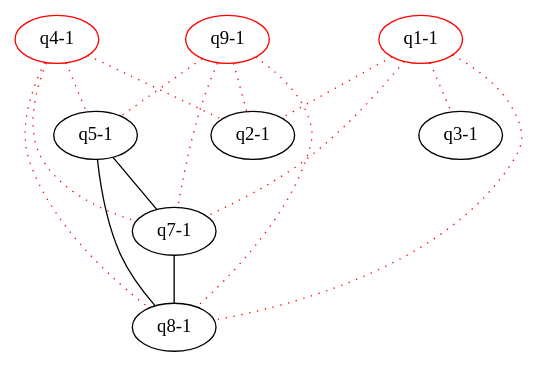
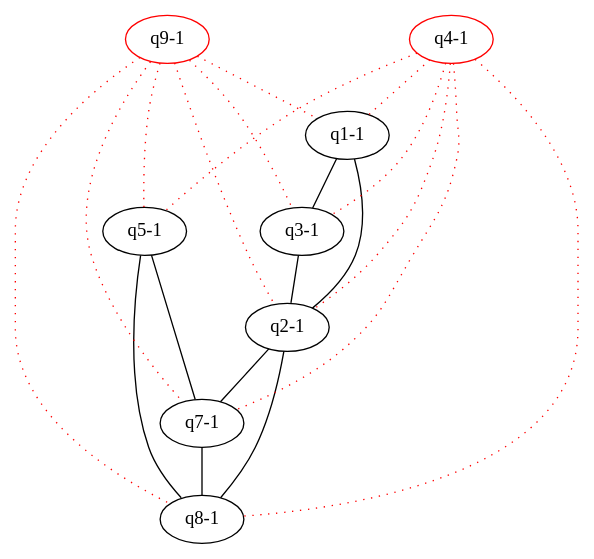
The diagram in dot/d1.dot (michaelweiss/keygraph), drawn with Graphviz before and after one commit. The commit also changed 3 other files, not shown here.

```diff
--- a/dot/d1.dot
+++ b/dot/d1.dot
@@ -1,24 +1,31 @@
 graph keygraph {
 graph [size="10,10"]
 "q8-1" [color="black"]
+"q5-1" [color="black"]
+"q2-1" [color="black"]
+"q1-1" [color="black"]
 "q7-1" [color="black"]
-"q5-1" [color="black"]
+"q3-1" [color="black"]
+"q9-1" [color="red"]
 "q4-1" [color="red"]
-"q1-1" [color="red"]
-"q9-1" [color="red"]
+"q1-1"--"q3-1"
+"q2-1"--"q7-1"
+"q2-1"--"q8-1"
+"q1-1"--"q2-1"
+"q3-1"--"q2-1"
 "q5-1"--"q7-1"
 "q5-1"--"q8-1"
 "q7-1"--"q8-1"
+"q9-1"--"q3-1" [color="red", style="dotted"]
+"q4-1"--"q8-1" [color="red", style="dotted"]
+"q4-1"--"q5-1" [color="red", style="dotted"]
 "q4-1"--"q2-1" [color="red", style="dotted"]
-"q4-1"--"q5-1" [color="red", style="dotted"]
-"q4-1"--"q8-1" [color="red", style="dotted"]
+"q4-1"--"q1-1" [color="red", style="dotted"]
 "q4-1"--"q7-1" [color="red", style="dotted"]
+"q4-1"--"q3-1" [color="red", style="dotted"]
+"q9-1"--"q5-1" [color="red", style="dotted"]
 "q9-1"--"q2-1" [color="red", style="dotted"]
-"q9-1"--"q5-1" [color="red", style="dotted"]
-"q1-1"--"q8-1" [color="red", style="dotted"]
-"q1-1"--"q7-1" [color="red", style="dotted"]
+"q9-1"--"q1-1" [color="red", style="dotted"]
 "q9-1"--"q8-1" [color="red", style="dotted"]
 "q9-1"--"q7-1" [color="red", style="dotted"]
-"q1-1"--"q3-1" [color="red", style="dotted"]
-"q1-1"--"q2-1" [color="red", style="dotted"]
 }
```
